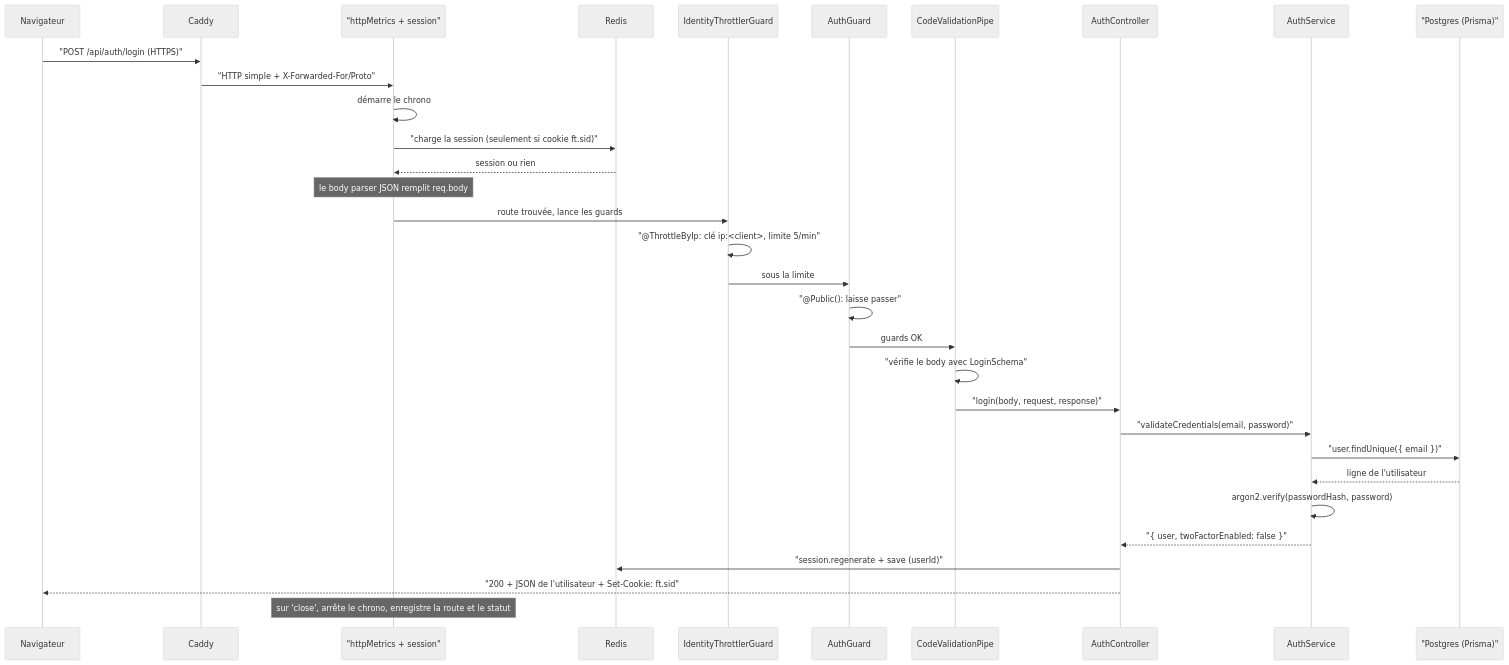
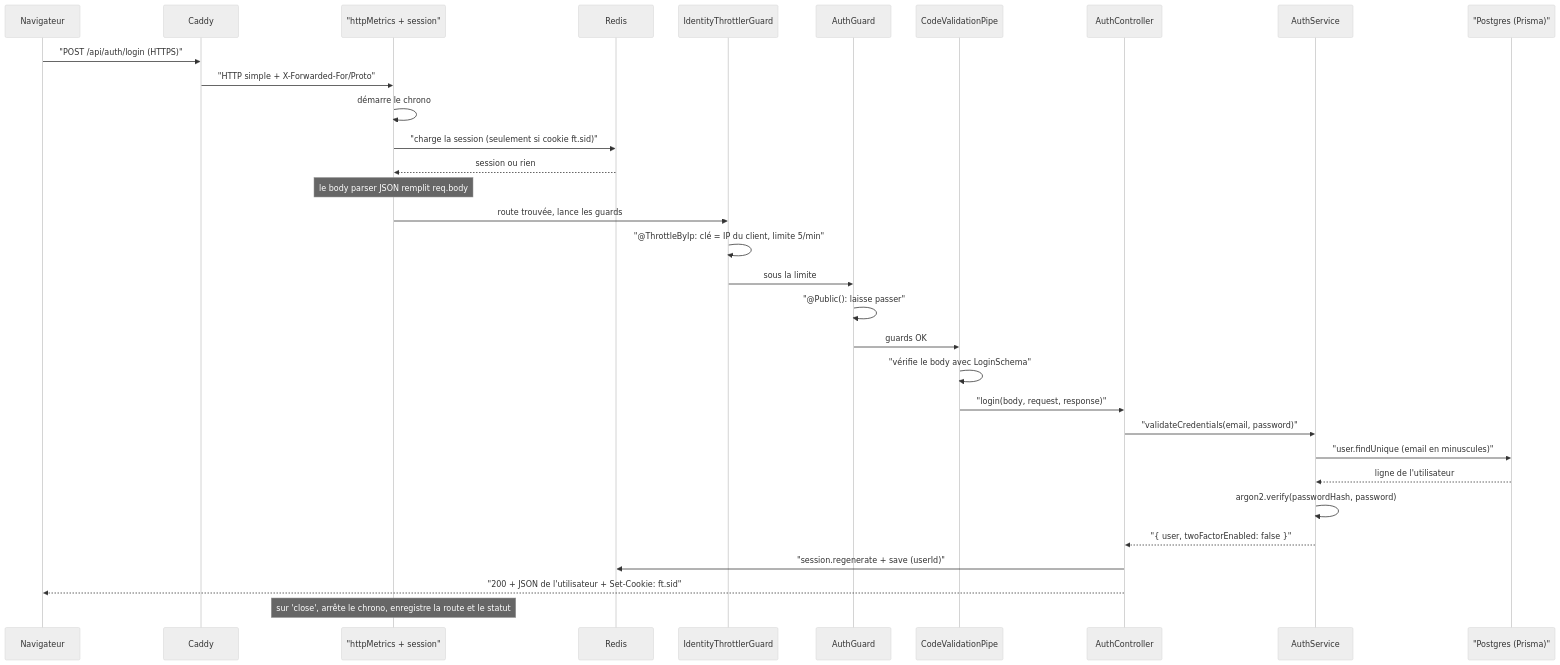
Before and after one commit to VictorBro/ft_transcendence: the sixth of 7 diagrams in docs-fr/api/02-boot-and-request-flow.md, drawn with Mermaid (neutral theme). The commit also changed other lines of this file and 85 other files, not shown here.

````diff
--- a/docs-fr/api/02-boot-and-request-flow.md
+++ b/docs-fr/api/02-boot-and-request-flow.md
@@ -584,35 +600,35 @@
 ```mermaid
 sequenceDiagram
     participant B as Navigateur
     participant C as Caddy
     participant MW as "httpMetrics + session"
     participant R as Redis
     participant TG as IdentityThrottlerGuard
     participant AG as AuthGuard
     participant P as CodeValidationPipe
     participant CT as AuthController
     participant S as AuthService
     participant DB as "Postgres (Prisma)"
 
     B->>C: "POST /api/auth/login (HTTPS)"
     C->>MW: "HTTP simple + X-Forwarded-For/Proto"
     MW->>MW: démarre le chrono
     MW->>R: "charge la session (seulement si cookie ft.sid)"
     R-->>MW: session ou rien
     Note over MW: le body parser JSON remplit req.body
     MW->>TG: route trouvée, lance les guards
-    TG->>TG: "@ThrottleByIp: clé ip:<client>, limite 5/min"
+    TG->>TG: "@ThrottleByIp: clé = IP du client, limite 5/min"
     TG->>AG: sous la limite
     AG->>AG: "@Public(): laisse passer"
     AG->>P: guards OK
     P->>P: "vérifie le body avec LoginSchema"
     P->>CT: "login(body, request, response)"
     CT->>S: "validateCredentials(email, password)"
-    S->>DB: "user.findUnique({ email })"
+    S->>DB: "user.findUnique (email en minuscules)"
     DB-->>S: ligne de l'utilisateur
     S->>S: argon2.verify(passwordHash, password)
     S-->>CT: "{ user, twoFactorEnabled: false }"
     CT->>R: "session.regenerate + save (userId)"
     CT-->>B: "200 + JSON de l'utilisateur + Set-Cookie: ft.sid"
     Note over MW: sur 'close', arrête le chrono, enregistre la route et le statut
 ```
````
